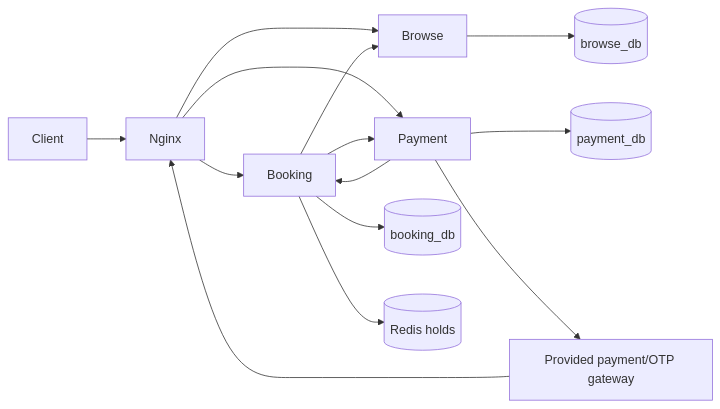
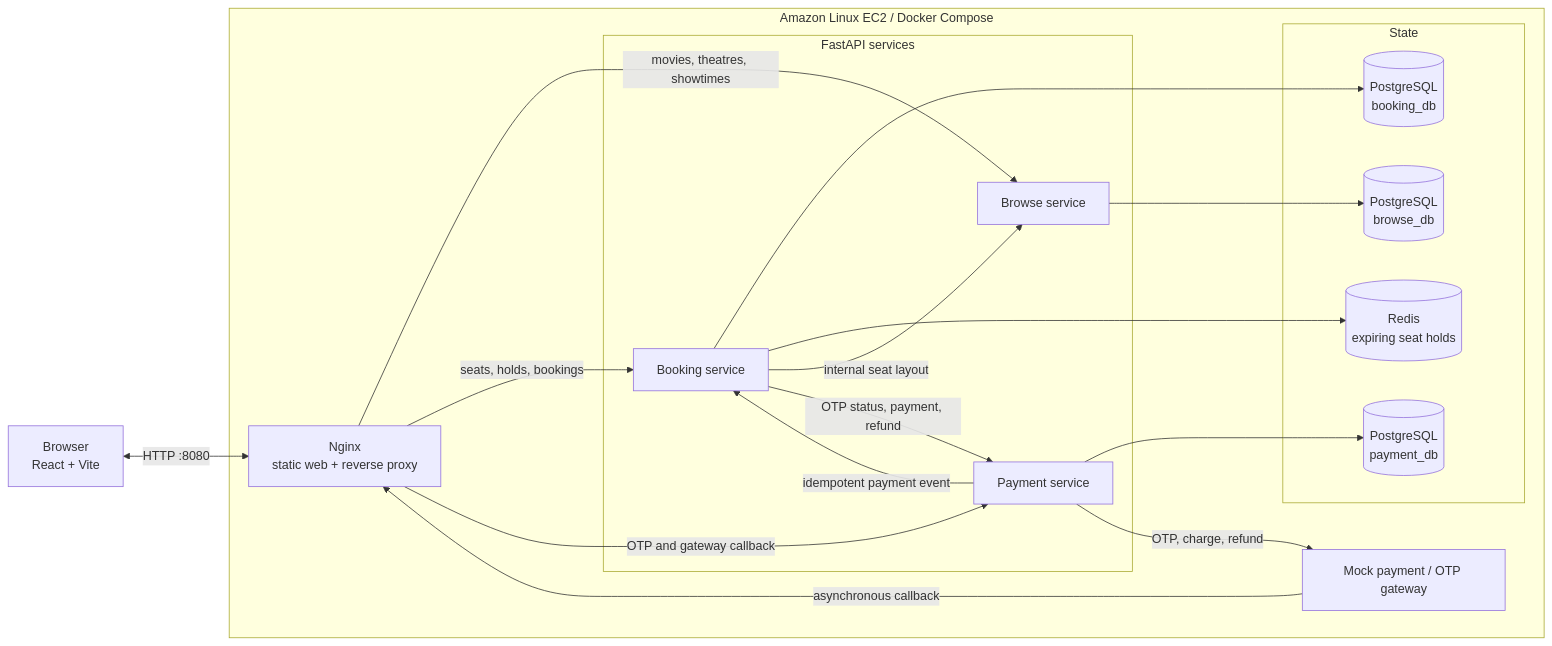
Before and after one commit to jamil-safi/CinemaSeat: the first of 4 diagrams in README.md, drawn with Mermaid. The commit also changed other lines of this file, not shown here.

````diff
--- a/README.md
+++ b/README.md
@@ -7,16 +15,38 @@
 ```mermaid
 flowchart LR
-    Client --> Nginx
-    Nginx --> Browse
-    Nginx --> Booking
-    Nginx --> Payment
-    Browse --> BrowseDB[(browse_db)]
-    Booking --> BookingDB[(booking_db)]
-    Booking --> Redis[(Redis holds)]
-    Booking --> Browse
-    Booking --> Payment
-    Payment --> PaymentDB[(payment_db)]
-    Payment --> Gateway[Provided payment/OTP gateway]
-    Gateway --> Nginx
-    Payment --> Booking
+    Browser["Browser<br/>React + Vite"]
+
+    subgraph EC2["Amazon Linux EC2 / Docker Compose"]
+        Nginx["Nginx<br/>static web + reverse proxy"]
+
+        subgraph Services["FastAPI services"]
+            Browse["Browse service"]
+            Booking["Booking service"]
+            Payment["Payment service"]
+        end
+
+        subgraph State["State"]
+            BrowseDB[("PostgreSQL<br/>browse_db")]
+            BookingDB[("PostgreSQL<br/>booking_db")]
+            PaymentDB[("PostgreSQL<br/>payment_db")]
+            Redis[("Redis<br/>expiring seat holds")]
+        end
+
+        Gateway["Mock payment / OTP gateway"]
+    end
+
+    Browser <-->|"HTTP :8080"| Nginx
+    Nginx -->|"movies, theatres, showtimes"| Browse
+    Nginx -->|"seats, holds, bookings"| Booking
+    Nginx -->|"OTP and gateway callback"| Payment
+
+    Browse --> BrowseDB
+    Booking --> BookingDB
+    Booking --> Redis
+    Booking -->|"internal seat layout"| Browse
+    Booking -->|"OTP status, payment, refund"| Payment
+    Payment --> PaymentDB
+    Payment -->|"OTP, charge, refund"| Gateway
+    Gateway -->|"asynchronous callback"| Nginx
+    Payment -->|"idempotent payment event"| Booking
 ```
````
